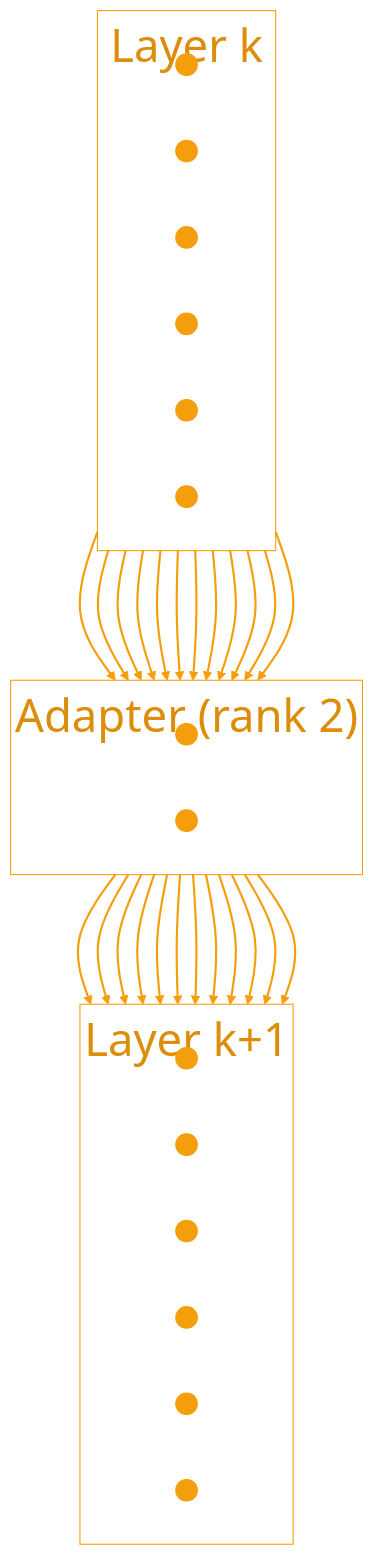
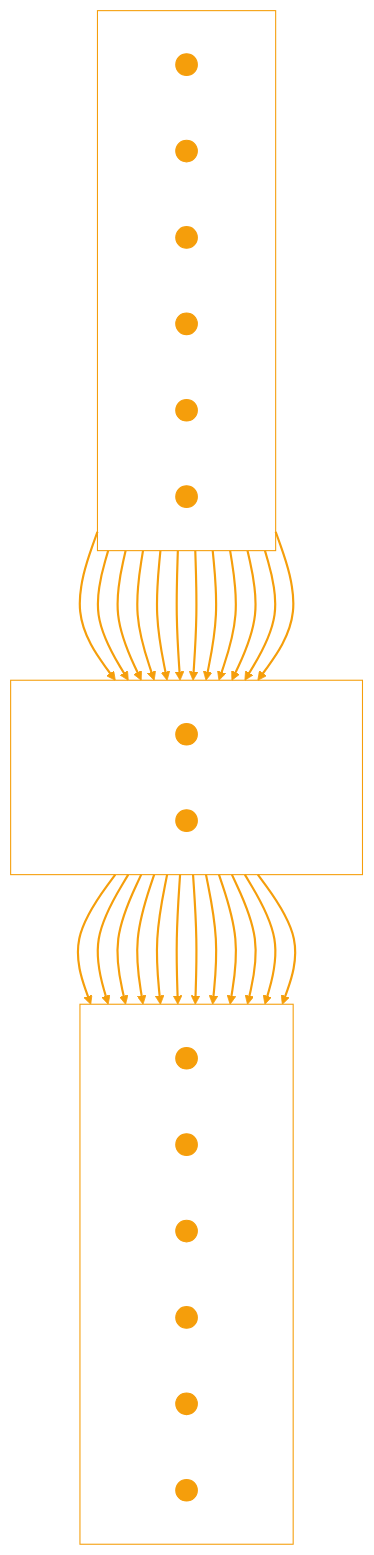
Before and after one commit to kerryback/mgmt675: the third of 3 diagrams in slides/m13-fine-tuning.qmd, drawn with Mermaid. The commit also changed other lines of this file and 1 other file, not shown here.

Commit message:
Add white font styling to LoRA mermaid diagram subgraph labels

````diff
--- a/slides/m13-fine-tuning.qmd
+++ b/slides/m13-fine-tuning.qmd
@@ -328,52 +330,55 @@
 ```{mermaid}
 %%| fig-width: 16
 %%{init: {'theme': 'base', 'themeVariables': {'fontSize': '42px', 'primaryColor': '#f59e0b', 'primaryTextColor': '#fff', 'lineColor': '#f59e0b', 'clusterBkg': 'transparent', 'clusterBorder': '#f59e0b', 'clusterTextColor': '#fff'}, 'flowchart': {'nodeSpacing': 60, 'rankSpacing': 120, 'padding': 20, 'useMaxWidth': true}}}%%
 graph TB
   subgraph Layer_k["Layer k"]
     direction LR
     A1((" "))
     A2((" "))
     A3((" "))
     A4((" "))
     A5((" "))
     A6((" "))
   end
   subgraph Adapter["Adapter (rank 2)"]
     direction LR
     R1((" "))
     R2((" "))
   end
   subgraph Layer_k1["Layer k+1"]
     direction LR
     B1((" "))
     B2((" "))
     B3((" "))
     B4((" "))
     B5((" "))
     B6((" "))
   end
   A1 --> R1 & R2
   A2 --> R1 & R2
   A3 --> R1 & R2
   A4 --> R1 & R2
   A5 --> R1 & R2
   A6 --> R1 & R2
   R1 --> B1 & B2 & B3 & B4 & B5 & B6
   R2 --> B1 & B2 & B3 & B4 & B5 & B6
 
   linkStyle default stroke:#f59e0b,stroke-width:2px
   style A1 fill:#f59e0b,stroke:#f59e0b
   style A2 fill:#f59e0b,stroke:#f59e0b
   style A3 fill:#f59e0b,stroke:#f59e0b
   style A4 fill:#f59e0b,stroke:#f59e0b
   style A5 fill:#f59e0b,stroke:#f59e0b
   style A6 fill:#f59e0b,stroke:#f59e0b
   style R1 fill:#f59e0b,stroke:#f59e0b
   style R2 fill:#f59e0b,stroke:#f59e0b
   style B1 fill:#f59e0b,stroke:#f59e0b
   style B2 fill:#f59e0b,stroke:#f59e0b
   style B3 fill:#f59e0b,stroke:#f59e0b
   style B4 fill:#f59e0b,stroke:#f59e0b
   style B5 fill:#f59e0b,stroke:#f59e0b
   style B6 fill:#f59e0b,stroke:#f59e0b
+  style Layer_k fill:transparent,stroke:#f59e0b,color:#fff
+  style Adapter fill:transparent,stroke:#f59e0b,color:#fff
+  style Layer_k1 fill:transparent,stroke:#f59e0b,color:#fff
 ```
````
